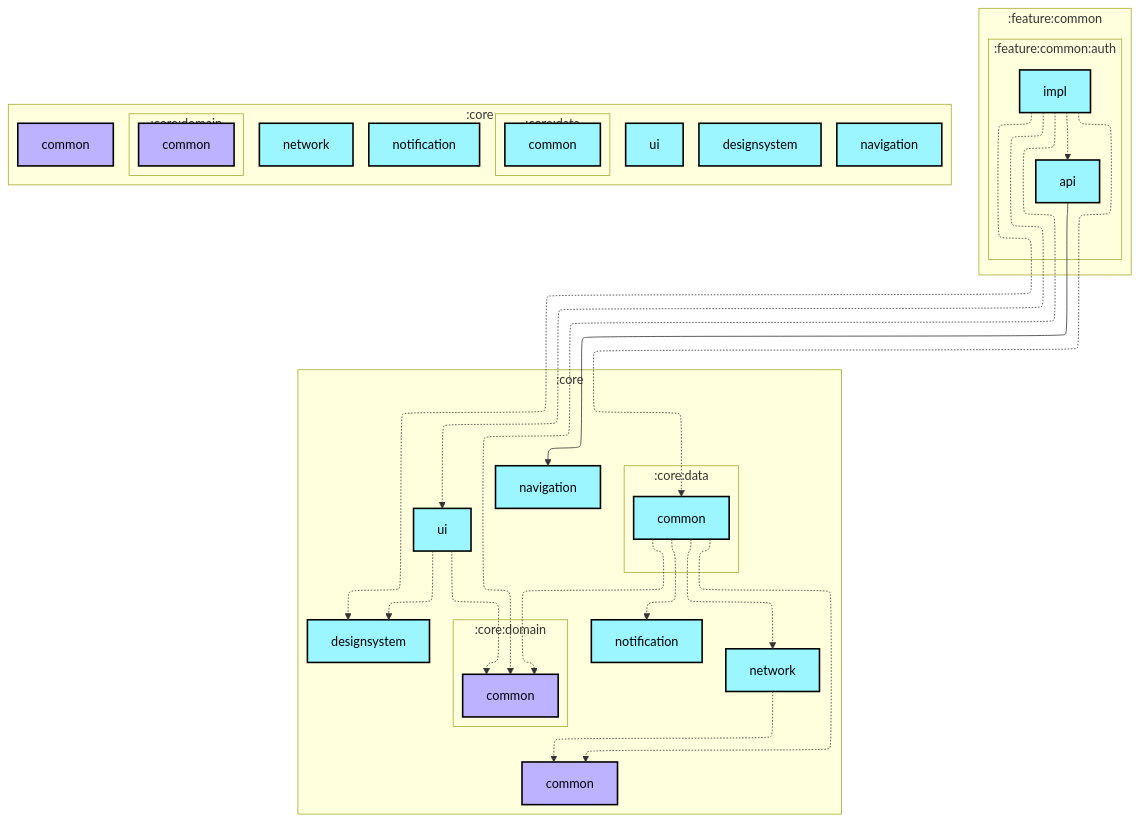
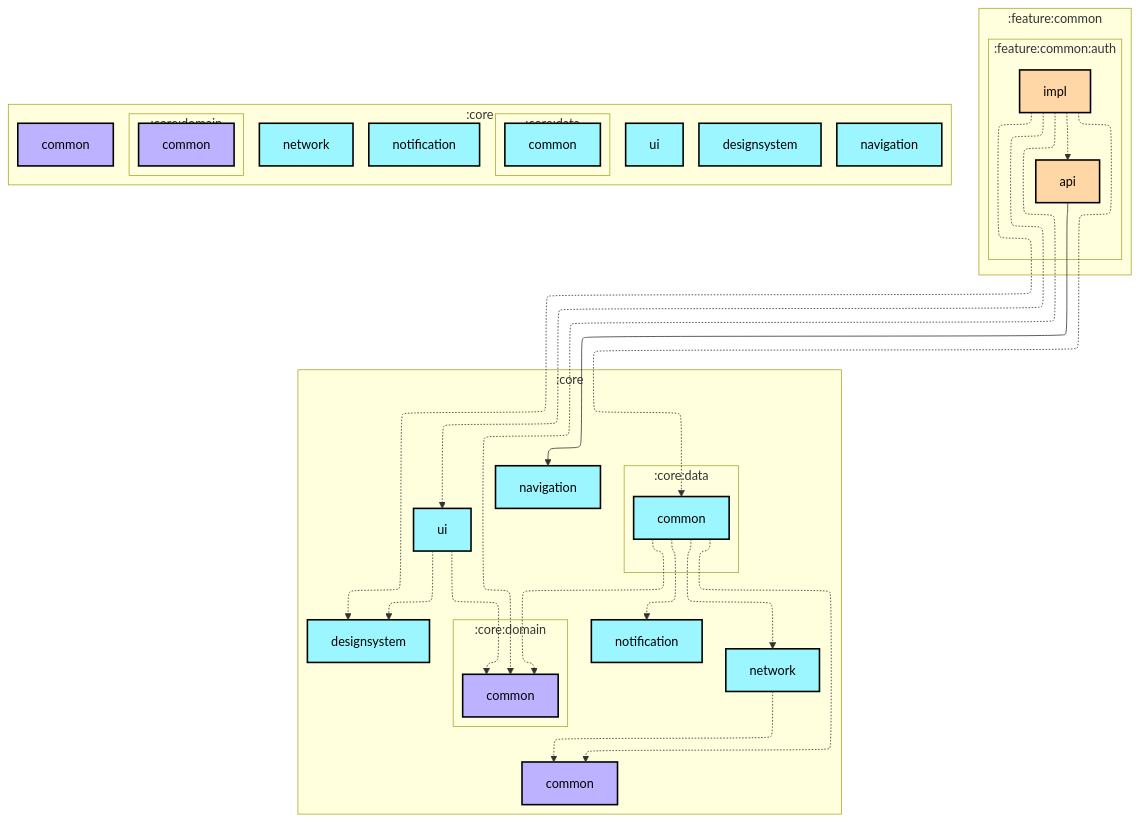
Before and after one commit to jadavchirag/jadavchirag: the first of 2 diagrams in architecture/ParentalControlApps/feature/common/auth/impl/README.md, drawn with Mermaid. The commit also changed 26 other files, not shown here.

Commit message:
fixed feature module colors in graphs

````diff
--- a/architecture/ParentalControlApps/feature/common/auth/impl/README.md
+++ b/architecture/ParentalControlApps/feature/common/auth/impl/README.md
@@ -6,58 +6,58 @@
 ```mermaid
 ---
 config:
   layout: elk
   elk:
     nodePlacementStrategy: SIMPLE
 ---
 graph TB
   subgraph :feature:common
     direction TB
     subgraph :feature:common:auth
       direction TB
-      :feature:common:auth:api[api]:::android-library
-      :feature:common:auth:impl[impl]:::android-library
+      :feature:common:auth:api[api]:::android-feature
+      :feature:common:auth:impl[impl]:::android-feature
     end
   end
   subgraph :core
     direction TB
     :core:common[common]:::jvm-library
     :core:designsystem[designsystem]:::android-library
     :core:navigation[navigation]:::android-library
     :core:network[network]:::android-library
     :core:notification[notification]:::android-library
     :core:ui[ui]:::android-library
   end
   subgraph :core
     direction TB
     subgraph :core:data
       direction TB
       :core:data:common[common]:::android-library
     end
     subgraph :core:domain
       direction TB
       :core:domain:common[common]:::jvm-library
     end
   end
 
   :core:data:common -.-> :core:common
   :core:data:common -.-> :core:domain:common
   :core:data:common -.-> :core:network
   :core:data:common -.-> :core:notification
   :core:network -.-> :core:common
   :core:ui -.-> :core:designsystem
   :core:ui -.-> :core:domain:common
   :feature:common:auth:api --> :core:navigation
   :feature:common:auth:impl -.-> :core:data:common
   :feature:common:auth:impl -.-> :core:designsystem
   :feature:common:auth:impl -.-> :core:domain:common
   :feature:common:auth:impl -.-> :core:ui
   :feature:common:auth:impl -.-> :feature:common:auth:api
 
 classDef android-application fill:#CAFFBF,stroke:#000,stroke-width:2px,color:#000;
 classDef android-feature fill:#FFD6A5,stroke:#000,stroke-width:2px,color:#000;
 classDef android-library fill:#9BF6FF,stroke:#000,stroke-width:2px,color:#000;
 classDef android-test fill:#A0C4FF,stroke:#000,stroke-width:2px,color:#000;
 classDef jvm-library fill:#BDB2FF,stroke:#000,stroke-width:2px,color:#000;
 classDef unknown fill:#FFADAD,stroke:#000,stroke-width:2px,color:#000;
 ```
````
